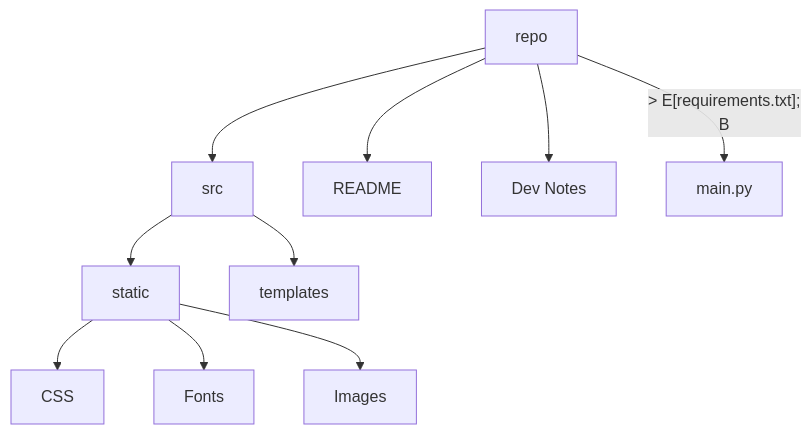
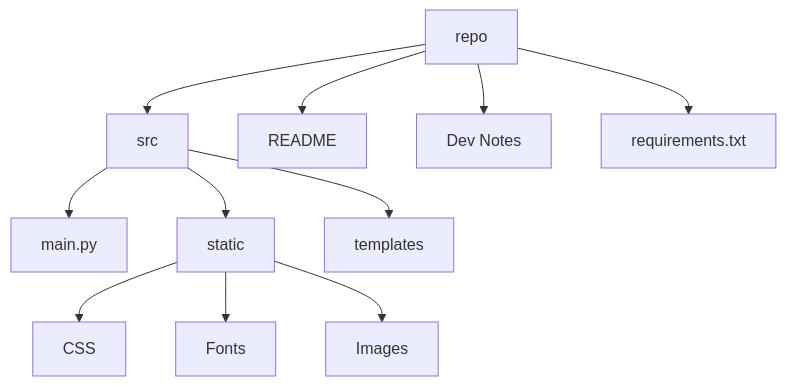
Before and after one commit to cmadajski/niner_miner: the diagram in dev_notes.md, drawn with Mermaid. The commit also changed other lines of this file, not shown here.

Commit message:
test mermaid diagram #4

````diff
--- a/dev_notes.md
+++ b/dev_notes.md
@@ -6,13 +7,13 @@
 ```mermaid
-graph TD
+flowchart TD
   A[repo] --> B[src];
-  A --> C[README];
-  A --> D[Dev Notes];
-  A -- > E[requirements.txt];
-  B --> F[main.py];
-  B --> G[static];
-  B --> H[templates];
-  G --> I[CSS];
-  G --> J[Fonts];
-  G --> K[Images];
+  A[repo] --> C[README];
+  A[repo] --> D[Dev Notes];
+  A[repo] --> E[requirements.txt];
+  B[src] --> F[main.py];
+  B[src] --> G[static];
+  B[src] --> H[templates];
+  G[static] --> I[CSS];
+  G[static] --> J[Fonts];
+  G[static] --> K[Images];
 ```
````
